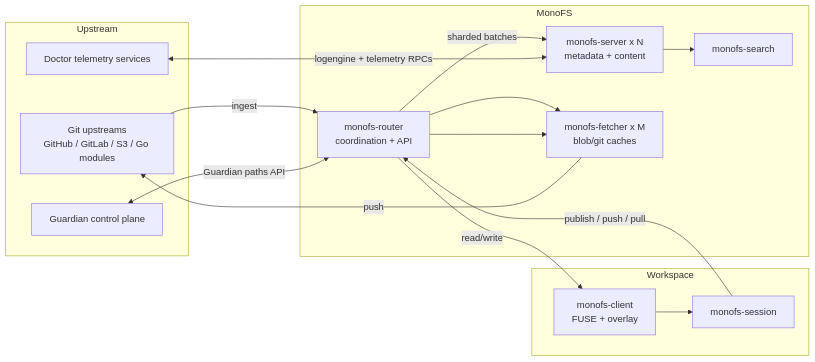
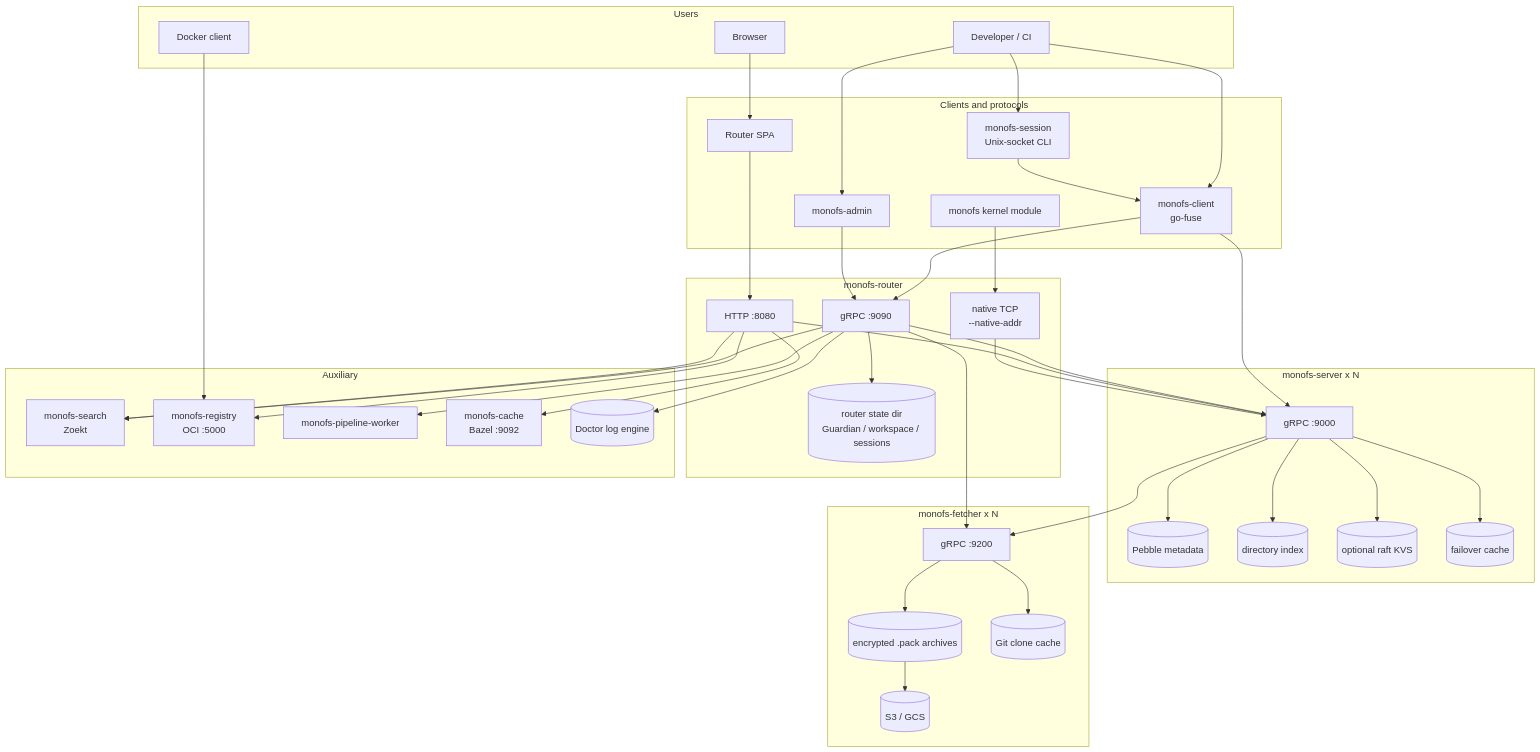
The diagram in docs/architecture.md (radryc/monofs), drawn with Mermaid before and after one commit. The commit also changed other lines of this file and 82 other files, not shown here.

````diff
--- a/docs/architecture.md
+++ b/docs/architecture.md
@@ -42,32 +29,80 @@
 ```mermaid
-flowchart LR
-    subgraph Upstream
-        Git[Git upstreams<br/>GitHub / GitLab / S3 / Go modules]
-        Guardian[Guardian control plane]
-        Doctor[Doctor telemetry services]
+flowchart TB
+    subgraph Users
+        DEV[Developer / CI]
+        BROWSER[Browser]
+        DOCKER[Docker client]
     end
 
-    subgraph MonoFS
-        Router[monofs-router<br/>coordination + API]
-        Nodes[monofs-server x N<br/>metadata + content]
-        Fetchers[monofs-fetcher x M<br/>blob/git caches]
-        Search[monofs-search]
+    subgraph Edge[Clients and protocols]
+        FUSE[monofs-client<br/>go-fuse]
+        KMOD[monofs kernel module]
+        SESSION[monofs-session<br/>Unix-socket CLI]
+        ADMIN[monofs-admin]
+        UI[Router SPA]
     end
 
-    subgraph Workspace
-        Client[monofs-client<br/>FUSE + overlay]
-        Session[monofs-session]
+    subgraph Router[monofs-router]
+        RGRPC[gRPC :9090]
+        RHTTP[HTTP :8080]
+        RNATIVE[native TCP<br/>--native-addr]
+        RSTATE[(router state dir<br/>Guardian / workspace / sessions)]
     end
 
-    Git -->|ingest| Router
-    Router --> Fetchers
-    Router -->|sharded batches| Nodes
-    Nodes --> Search
-    Guardian <-->|Guardian paths API| Router
-    Doctor <-->|logengine + telemetry RPCs| Nodes
-    Router -->|read/write| Client
-    Client --> Session
-    Session -->|publish / push / pull| Router
-    Router --> Fetchers
-    Fetchers -->|push| Git
+    subgraph Nodes[monofs-server x N]
+        NGRPC[gRPC :9000]
+        META[(Pebble metadata)]
+        DIRIDX[(directory index)]
+        KVS[(optional raft KVS)]
+        FAIL[(failover cache)]
+    end
+
+    subgraph Fetch[monofs-fetcher x N]
+        FGRPC[gRPC :9200]
+        ARCH[(encrypted .pack archives)]
+        GITCACHE[(Git clone cache)]
+        CLOUD[(S3 / GCS)]
+    end
+
+    subgraph Aux[Auxiliary]
+        SEARCH[monofs-search<br/>Zoekt]
+        REG[monofs-registry<br/>OCI :5000]
+        WORKER[monofs-pipeline-worker]
+        CACHE[monofs-cache<br/>Bazel :9092]
+        DOCTOR[(Doctor log engine)]
+    end
+
+    DEV --> FUSE
+    DEV --> SESSION
+    DEV --> ADMIN
+    BROWSER --> UI
+    DOCKER --> REG
+    FUSE --> RGRPC
+    KMOD --> RNATIVE
+    SESSION --> FUSE
+    ADMIN --> RGRPC
+    UI --> RHTTP
+
+    FUSE --> NGRPC
+    RGRPC --> NGRPC
+    RHTTP --> NGRPC
+    RNATIVE --> NGRPC
+    RGRPC --> RSTATE
+
+    NGRPC --> META
+    NGRPC --> DIRIDX
+    NGRPC --> KVS
+    NGRPC --> FAIL
+    NGRPC --> FGRPC
+    RGRPC --> FGRPC
+    FGRPC --> ARCH
+    FGRPC --> GITCACHE
+    ARCH --> CLOUD
+
+    RGRPC --> SEARCH
+    RHTTP --> SEARCH
+    RHTTP --> REG
+    RGRPC --> WORKER
+    RHTTP --> CACHE
+    RGRPC --> DOCTOR
 ```
````
